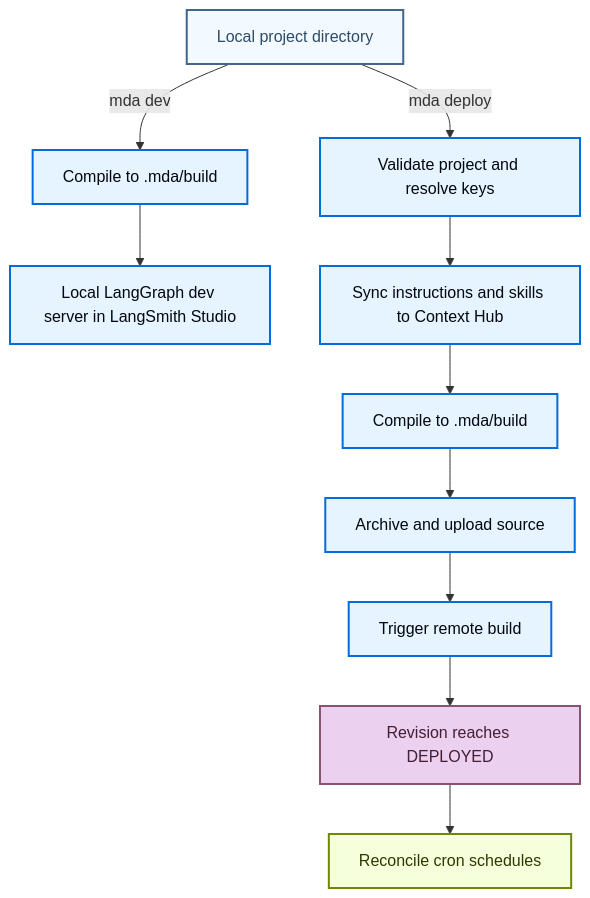
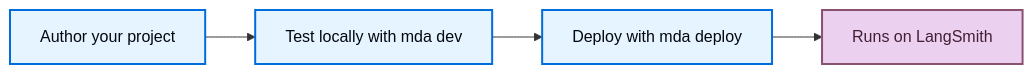
The diagram in src/langsmith/managed-deep-agents-how-it-works.mdx (langchain-ai/docs), drawn with Mermaid before and after one commit. The commit also changed other lines of this file, not shown here.

````diff
--- a/src/langsmith/managed-deep-agents-how-it-works.mdx
+++ b/src/langsmith/managed-deep-agents-how-it-works.mdx
@@ -30,21 +23,11 @@
 ```mermaid
-flowchart TD
-    A[Local project directory] -->|mda dev| B[Compile to .mda/build]
-    B --> C[Local LangGraph dev server in LangSmith Studio]
-    A -->|mda deploy| D[Validate project and resolve keys]
-    D --> E[Sync instructions and skills to Context Hub]
-    E --> F[Compile to .mda/build]
-    F --> G[Archive and upload source]
-    G --> H[Trigger remote build]
-    H --> I[Revision reaches DEPLOYED]
-    I --> J[Reconcile cron schedules]
+flowchart LR
+    A["Author your project"] --> B["Test locally with mda dev"]
+    B --> C["Deploy with mda deploy"]
+    C --> D["Runs on LangSmith"]
 
     classDef process fill:#E5F4FF,stroke:#006DDD,stroke-width:2px,color:#030710;
-    classDef trigger fill:#F6FFDB,stroke:#6E8900,stroke-width:2px,color:#2E3900;
     classDef output fill:#EBD0F0,stroke:#885270,stroke-width:2px,color:#441E33;
-    classDef neutral fill:#F2FAFF,stroke:#40668D,stroke-width:2px,color:#2F4B68;
-    class A neutral;
-    class B,C,D,E,F,G,H process;
-    class I output;
-    class J trigger;
+    class A,B,C process;
+    class D output;
 ```
````
